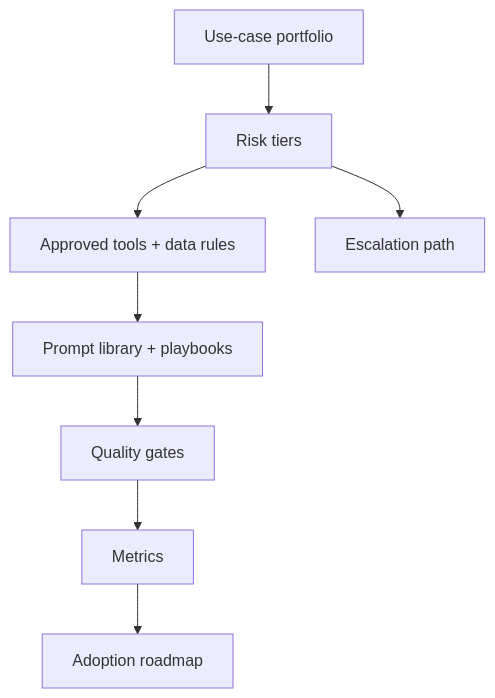
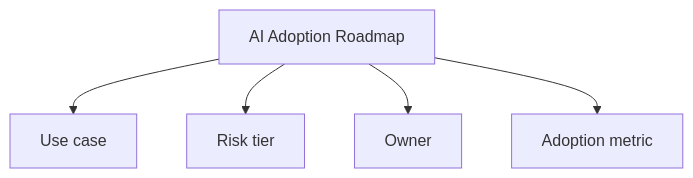
The second of 2 diagrams in docs/en/lessons/ai-strategy-governance-and-adoption/index.md (anhtnt90dev/ai-for-ba), drawn with Mermaid before and after one commit. The commit also changed other lines of this file and 40 other files, not shown here.

````diff
--- a/docs/en/lessons/ai-strategy-governance-and-adoption/index.md
+++ b/docs/en/lessons/ai-strategy-governance-and-adoption/index.md
@@ -68,10 +173,8 @@
 ```mermaid
 flowchart TD
-    A["Use-case portfolio"] --> B["Risk tiers"]
-    B --> C["Approved tools + data rules"]
-    C --> D["Prompt library + playbooks"]
-    D --> E["Quality gates"]
-    E --> F["Metrics"]
-    F --> G["Adoption roadmap"]
-    B --> H["Escalation path"]
+    A["AI Adoption Roadmap"]
+    A --> B["Use case"]
+    A --> C["Risk tier"]
+    A --> D["Owner"]
+    A --> E["Adoption metric"]
 ```
````
